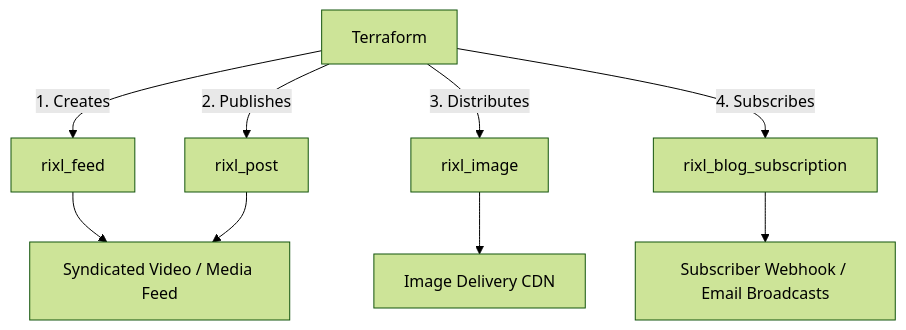
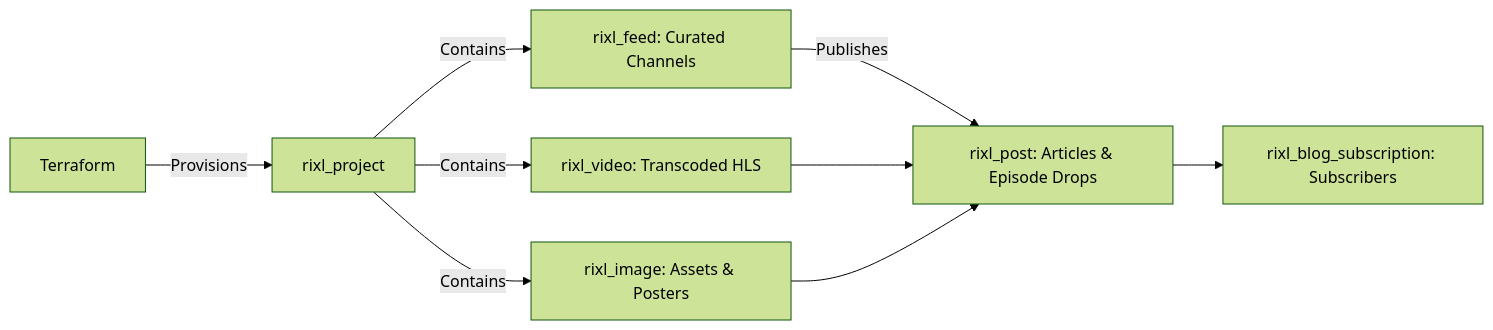
One commit to rixlhq/terraform-provider-rixl changed the diagram in templates/guides/content-feeds-and-distribution.md. Above: the diagram before and after it, drawn with Mermaid (forest theme). The commit also changed other lines of this file and 20 other files, not shown here.

Commit message:
fix(docs): synchronize guide code examples, resource schemas, and cross-references (#40)

````diff
--- a/templates/guides/content-feeds-and-distribution.md
+++ b/templates/guides/content-feeds-and-distribution.md
@@ -18,12 +18,11 @@
 ```mermaid
-graph TD
-    TF[Terraform] -->|1. Creates| Feed[rixl_feed]
-    TF -->|2. Publishes| Post[rixl_post]
-    TF -->|3. Distributes| Img[rixl_image]
-    TF -->|4. Subscribes| Sub[rixl_blog_subscription]
-
-    Feed --> Syndication[Syndicated Video / Media Feed]
-    Post --> Syndication
-    Img --> CDN[Image Delivery CDN]
-    Sub --> Notifications[Subscriber Webhook / Email Broadcasts]
+graph LR
+    TF[Terraform] -->|Provisions| Project[rixl_project]
+    Project -->|Contains| Feed[rixl_feed: Curated Channels]
+    Project -->|Contains| Vid[rixl_video: Transcoded HLS]
+    Project -->|Contains| Img[rixl_image: Assets & Posters]
+    Feed -->|Publishes| Post[rixl_post: Articles & Episode Drops]
+    Vid --> Post
+    Img --> Post
+    Post --> Sub[rixl_blog_subscription: Subscribers]
 ```
````
